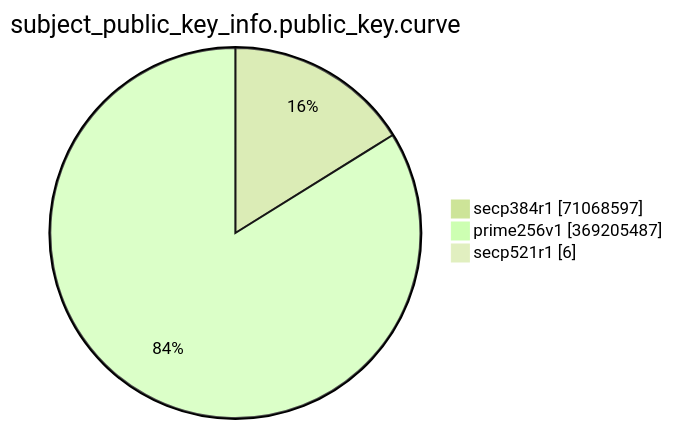
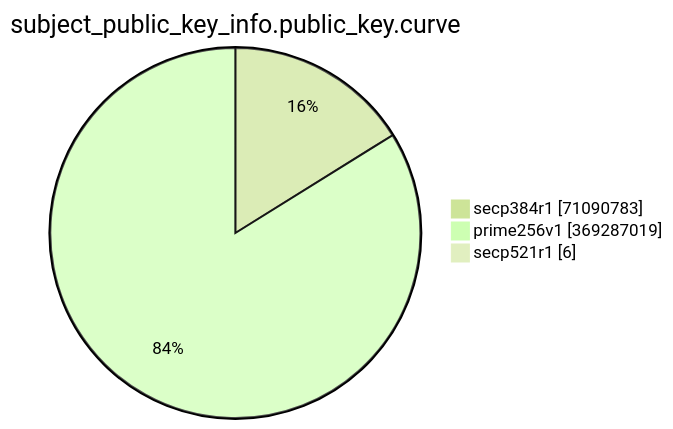
Before and after one commit to christiankrug/ctmonitor_visualization: the eighth of 15 diagrams in TOTAL/README.md, drawn with Mermaid (forest theme). The commit also changed other lines of this file, not shown here.

````diff
--- a/TOTAL/README.md
+++ b/TOTAL/README.md
@@ -3094,7 +3094,7 @@
 ```mermaid
 pie showData
 title subject_public_key_info.public_key.curve
-"secp384r1" :71068597
-"prime256v1" :369205487
+"secp384r1" :71090783
+"prime256v1" :369287019
 "secp521r1" :6
 ```
````
